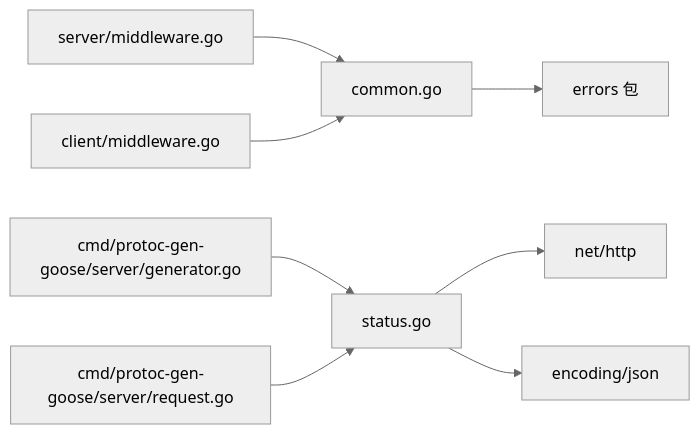
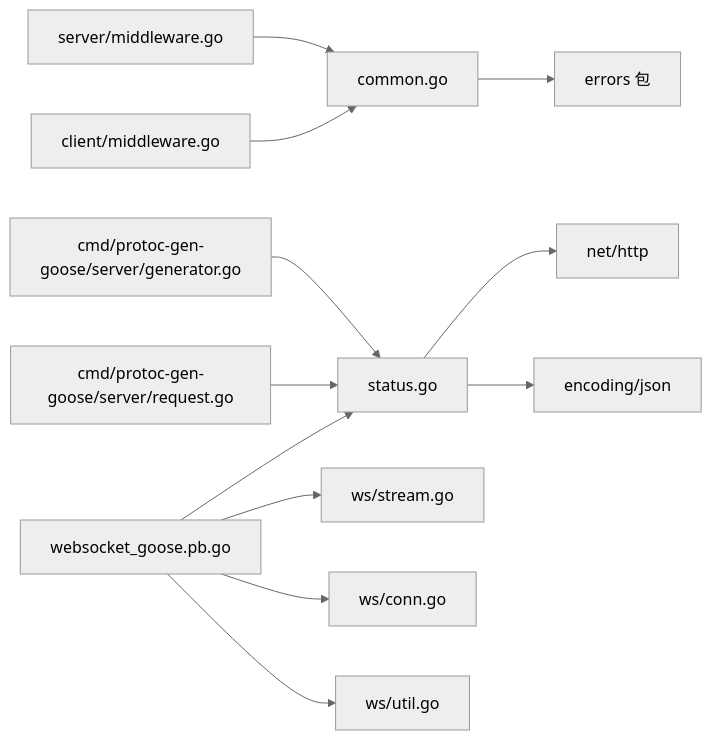
Before and after one commit to soyacen/goose: the fifth of 5 diagrams in .agents/repowiki/zh/content/错误处理和调试/错误处理机制.md, drawn with Mermaid (neutral theme). The commit also changed other lines of this file and 6 other files, not shown here.

````diff
--- a/.agents/repowiki/zh/content/错误处理和调试/错误处理机制.md
+++ b/.agents/repowiki/zh/content/错误处理和调试/错误处理机制.md
@@ -243,10 +383,14 @@
 ```mermaid
 graph LR
 COM["common.go"] --> ERR["errors 包"]
 ST["status.go"] --> HTTP["net/http"]
 ST --> JSON["encoding/json"]
 SRV["server/middleware.go"] --> COM
 CLI["client/middleware.go"] --> COM
 GEN["cmd/protoc-gen-goose/server/generator.go"] --> ST
 REQ["cmd/protoc-gen-goose/server/request.go"] --> ST
+WSH["websocket_goose.pb.go"] --> ST
+WSH --> WS["ws/stream.go"]
+WSH --> CONN["ws/conn.go"]
+WSH --> UTIL["ws/util.go"]
 ```
````
